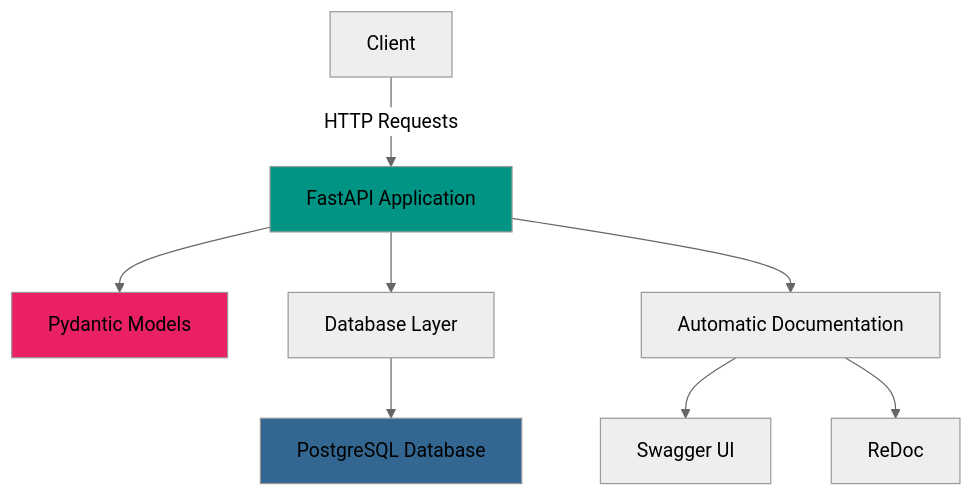
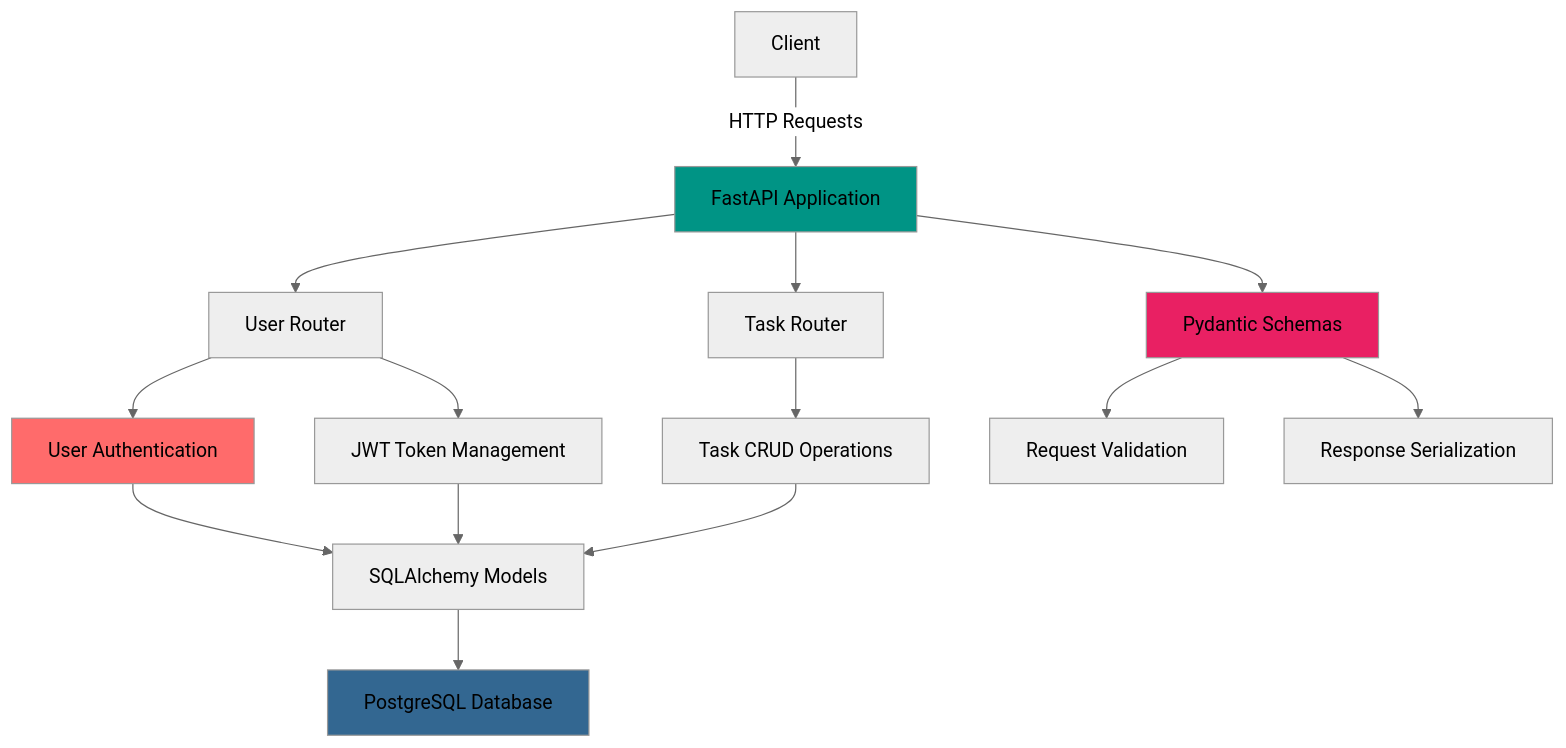
Before and after one commit to NayeemHossenJim/Backend-with-FastAPI: the diagram in README.md, drawn with Mermaid (neutral theme). The commit also changed other lines of this file, not shown here.

````diff
--- a/README.md
+++ b/README.md
@@ -47,15 +48,25 @@
 ```mermaid
 graph TD
     A[Client] -->|HTTP Requests| B[FastAPI Application]
-    B --> C[Pydantic Models]
-    B --> D[Database Layer]
-    D --> E[PostgreSQL Database]
+    B --> C[User Router]
+    B --> D[Task Router]
     
-    B --> F[Automatic Documentation]
-    F --> G[Swagger UI]
-    F --> H[ReDoc]
+    C --> E[User Authentication]
+    C --> F[JWT Token Management]
+    D --> G[Task CRUD Operations]
+    
+    E --> H[SQLAlchemy Models]
+    F --> H
+    G --> H
+    
+    H --> I[PostgreSQL Database]
+    
+    B --> J[Pydantic Schemas]
+    J --> K[Request Validation]
+    J --> L[Response Serialization]
     
     style B fill:#009485
-    style E fill:#336791
-    style C fill:#E92063
+    style I fill:#336791
+    style J fill:#E92063
+    style E fill:#FF6B6B
 ```
````
